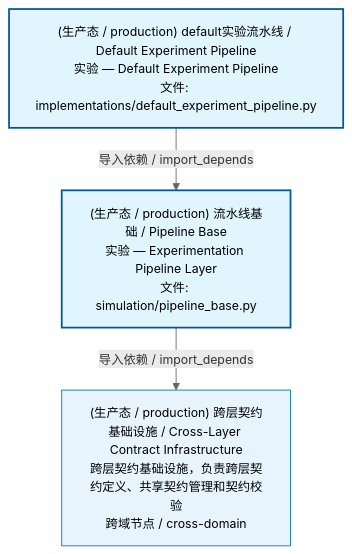
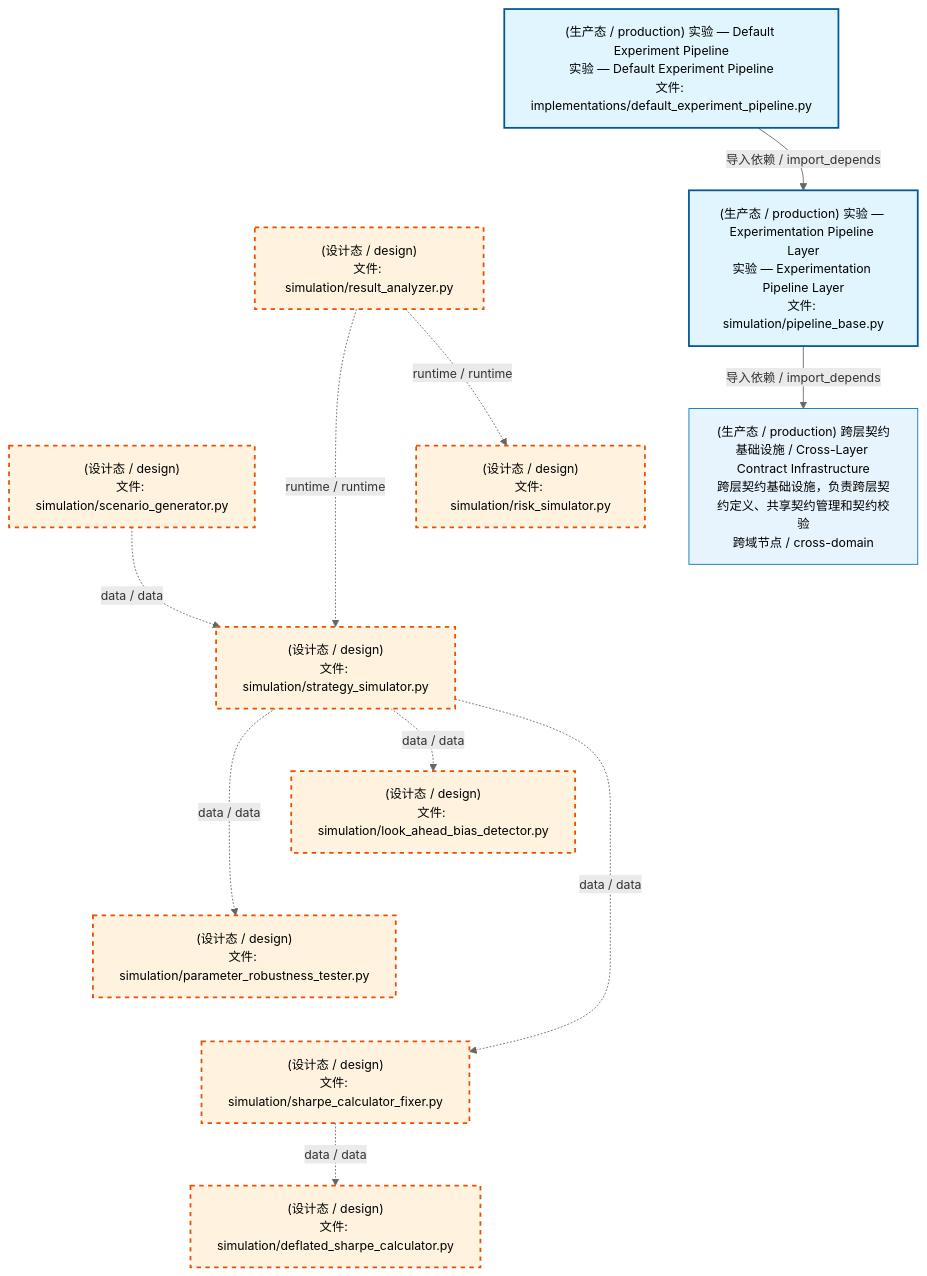
One commit to xuanFelixVan/ZephyrAlpha changed the first of 4 diagrams in docs/02_enterprise_architecture/02_domain_architecture_docs/70_d_simulation.md. Above: the diagram before and after it, drawn with Mermaid. The commit also changed other lines of this file and 75 other files, not shown here.

````diff
--- a/docs/02_enterprise_architecture/02_domain_architecture_docs/70_d_simulation.md
+++ b/docs/02_enterprise_architecture/02_domain_architecture_docs/70_d_simulation.md
@@ -53,15 +53,37 @@
 ```mermaid
 %%{init: {'theme': 'base', 'themeVariables': {'primaryColor': '#eaeaea', 'primaryTextColor': '#333333', 'primaryBorderColor': '#666666', 'lineColor': '#666666', 'secondaryColor': '#eaeaea', 'tertiaryColor': '#eaeaea', 'fontSize': '14px'}}}%%
 flowchart TD
-    src_zephyr_simulation_implementations_default_experiment_pipeline_py["(生产态 / production) default实验流水线 / Default Experiment Pipeline<br/>实验 — Default Experiment Pipeline<br/>文件: implementations/default_experiment_pipeline.py"]
-    src_zephyr_simulation_pipeline_base_py["(生产态 / production) 流水线基础 / Pipeline Base<br/>实验 — Experimentation Pipeline Layer<br/>文件: simulation/pipeline_base.py"]
+    src_zephyr_simulation_implementations_default_experiment_pipeline_py["(生产态 / production) 实验 — Default Experiment Pipeline<br/>实验 — Default Experiment Pipeline<br/>文件: implementations/default_experiment_pipeline.py"]
+    src_zephyr_simulation_result_analyzer_py["(设计态 / design)<br/>文件: simulation/result_analyzer.py"]
+    src_zephyr_simulation_scenario_generator_py["(设计态 / design)<br/>文件: simulation/scenario_generator.py"]
+    src_zephyr_simulation_implementations_default_experiment_pipeline_py ~~~ src_zephyr_simulation_result_analyzer_py
+    src_zephyr_simulation_result_analyzer_py ~~~ src_zephyr_simulation_scenario_generator_py
+    src_zephyr_simulation_pipeline_base_py["(生产态 / production) 实验 — Experimentation Pipeline Layer<br/>实验 — Experimentation Pipeline Layer<br/>文件: simulation/pipeline_base.py"]
+    src_zephyr_simulation_risk_simulator_py["(设计态 / design)<br/>文件: simulation/risk_simulator.py"]
+    src_zephyr_simulation_strategy_simulator_py["(设计态 / design)<br/>文件: simulation/strategy_simulator.py"]
+    src_zephyr_simulation_pipeline_base_py ~~~ src_zephyr_simulation_risk_simulator_py
+    src_zephyr_simulation_risk_simulator_py ~~~ src_zephyr_simulation_strategy_simulator_py
+    src_zephyr_simulation_look_ahead_bias_detector_py["(设计态 / design)<br/>文件: simulation/look_ahead_bias_detector.py"]
+    src_zephyr_simulation_parameter_robustness_tester_py["(设计态 / design)<br/>文件: simulation/parameter_robustness_tester.py"]
+    src_zephyr_simulation_sharpe_calculator_fixer_py["(设计态 / design)<br/>文件: simulation/sharpe_calculator_fixer.py"]
+    src_zephyr_simulation_look_ahead_bias_detector_py ~~~ src_zephyr_simulation_parameter_robustness_tester_py
+    src_zephyr_simulation_parameter_robustness_tester_py ~~~ src_zephyr_simulation_sharpe_calculator_fixer_py
+    src_zephyr_simulation_deflated_sharpe_calculator_py["(设计态 / design)<br/>文件: simulation/deflated_sharpe_calculator.py"]
+    src_zephyr_simulation_strategy_simulator_py -.->|data / data| src_zephyr_simulation_parameter_robustness_tester_py
+    src_zephyr_simulation_strategy_simulator_py -.->|data / data| src_zephyr_simulation_look_ahead_bias_detector_py
+    src_zephyr_simulation_strategy_simulator_py -.->|data / data| src_zephyr_simulation_sharpe_calculator_fixer_py
+    src_zephyr_simulation_scenario_generator_py -.->|data / data| src_zephyr_simulation_strategy_simulator_py
+    src_zephyr_simulation_result_analyzer_py -.->|runtime / runtime| src_zephyr_simulation_strategy_simulator_py
+    src_zephyr_simulation_result_analyzer_py -.->|runtime / runtime| src_zephyr_simulation_risk_simulator_py
+    src_zephyr_simulation_sharpe_calculator_fixer_py -.->|data / data| src_zephyr_simulation_deflated_sharpe_calculator_py
     src_zephyr_simulation_implementations_default_experiment_pipeline_py -->|导入依赖 / import_depends| src_zephyr_simulation_pipeline_base_py
     D_INFRASTRUCTURE["(生产态 / production) 跨层契约基础设施 / Cross-Layer Contract Infrastructure<br/>跨层契约基础设施，负责跨层契约定义、共享契约管理和契约校验<br/>跨域节点 / cross-domain"]
     src_zephyr_simulation_pipeline_base_py -->|导入依赖 / import_depends| D_INFRASTRUCTURE
     classDef production fill:#e1f5fe,stroke:#01579b,stroke-width:2px,color:#000
     classDef design fill:#fff3e0,stroke:#e65100,stroke-width:2px,color:#000,stroke-dasharray: 5 5
     classDef external_prod fill:#e8f4fd,stroke:#0277bd,stroke-width:1px,color:#000
     classDef external_design fill:#fff8e7,stroke:#ef6c00,stroke-width:1px,color:#000,stroke-dasharray: 5 5
     class src_zephyr_simulation_implementations_default_experiment_pipeline_py,src_zephyr_simulation_pipeline_base_py production
+    class src_zephyr_simulation_deflated_sharpe_calculator_py,src_zephyr_simulation_look_ahead_bias_detector_py,src_zephyr_simulation_parameter_robustness_tester_py,src_zephyr_simulation_result_analyzer_py,src_zephyr_simulation_risk_simulator_py,src_zephyr_simulation_scenario_generator_py,src_zephyr_simulation_sharpe_calculator_fixer_py,src_zephyr_simulation_strategy_simulator_py design
     class D_INFRASTRUCTURE external_prod
 ```
````
